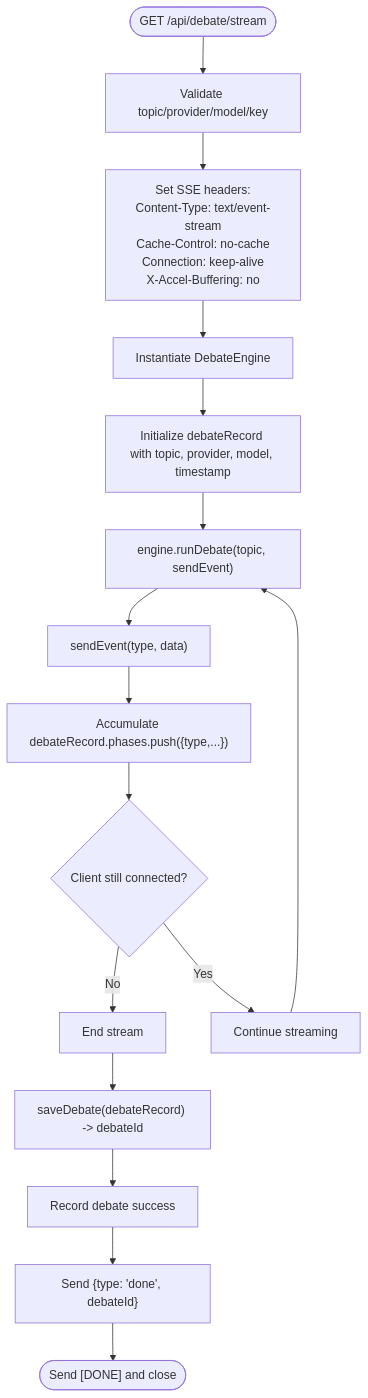
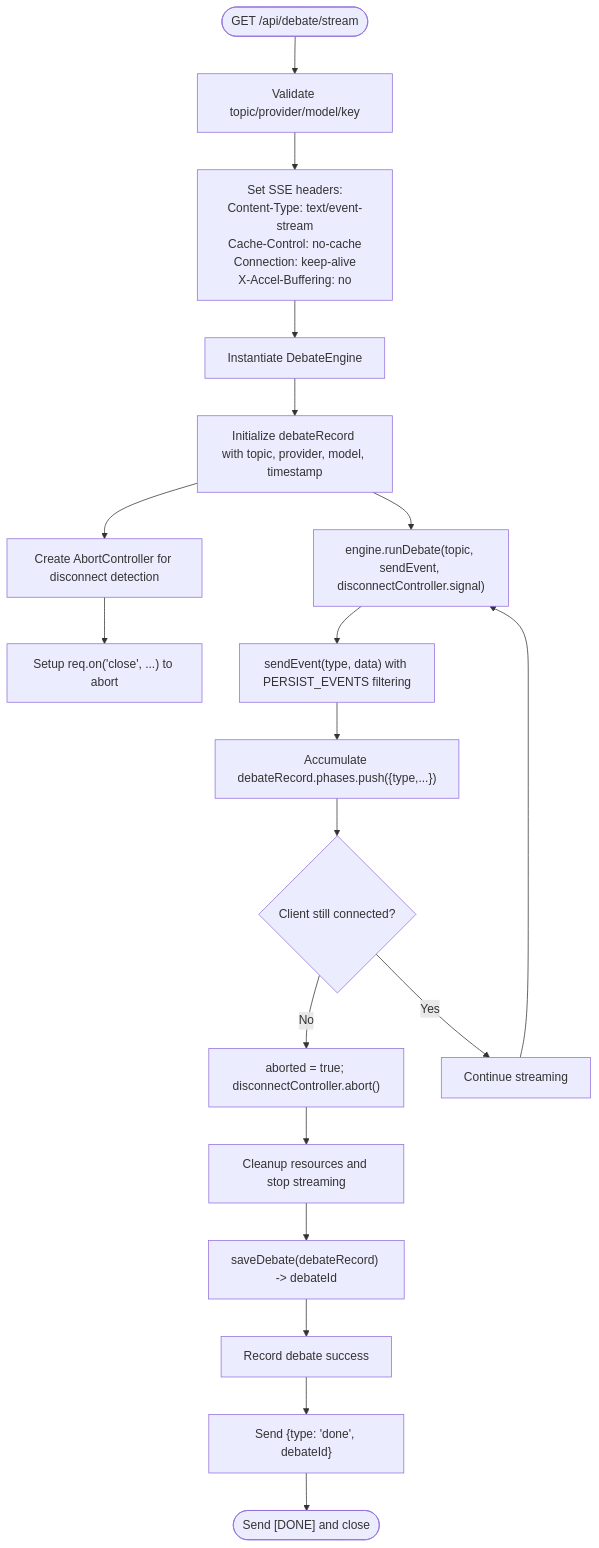
The third of 7 diagrams in .qoder/repowiki/en/content/AI Debate Engine/Real-Time Streaming Architecture.md (RunTimeAdmin/tri-ai), drawn with Mermaid before and after one commit. The commit also changed other lines of this file and 40 other files, not shown here.

````diff
--- a/.qoder/repowiki/en/content/AI Debate Engine/Real-Time Streaming Architecture.md
+++ b/.qoder/repowiki/en/content/AI Debate Engine/Real-Time Streaming Architecture.md
@@ -156,18 +156,21 @@
 ```mermaid
 flowchart TD
 Start(["GET /api/debate/stream"]) --> Validate["Validate topic/provider/model/key"]
 Validate --> Headers["Set SSE headers:<br/>Content-Type: text/event-stream<br/>Cache-Control: no-cache<br/>Connection: keep-alive<br/>X-Accel-Buffering: no"]
 Headers --> CreateEngine["Instantiate DebateEngine"]
 CreateEngine --> InitRecord["Initialize debateRecord with topic, provider, model, timestamp"]
-InitRecord --> Run["engine.runDebate(topic, sendEvent)"]
-Run --> Emit["sendEvent(type, data)"]
+InitRecord --> AbortController["Create AbortController for disconnect detection"]
+AbortController --> DisconnectHandler["Setup req.on('close', ...) to abort"]
+InitRecord --> Run["engine.runDebate(topic, sendEvent, disconnectController.signal)"]
+Run --> Emit["sendEvent(type, data) with PERSIST_EVENTS filtering"]
 Emit --> Accumulate["Accumulate debateRecord.phases.push({type,...})"]
 Accumulate --> Done{"Client still connected?"}
-Done --> |No| Close["End stream"]
+Done --> |No| AbortCleanup["aborted = true; disconnectController.abort()"]
+AbortCleanup --> Cleanup["Cleanup resources and stop streaming"]
 Done --> |Yes| Continue["Continue streaming"]
 Continue --> Run
-Close --> Save["saveDebate(debateRecord) -> debateId"]
+Cleanup --> Save["saveDebate(debateRecord) -> debateId"]
 Save --> Record["Record debate success"]
 Record --> SendDone["Send {type: 'done', debateId}"]
 SendDone --> End(["Send [DONE] and close"])
 ```
````
